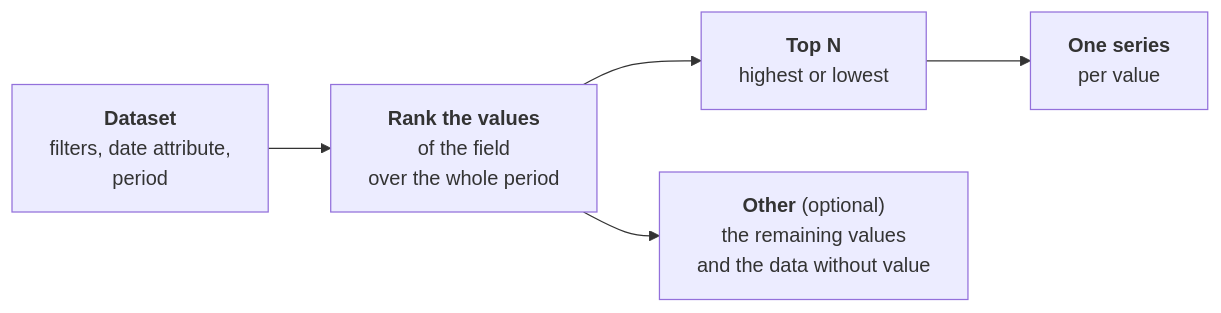
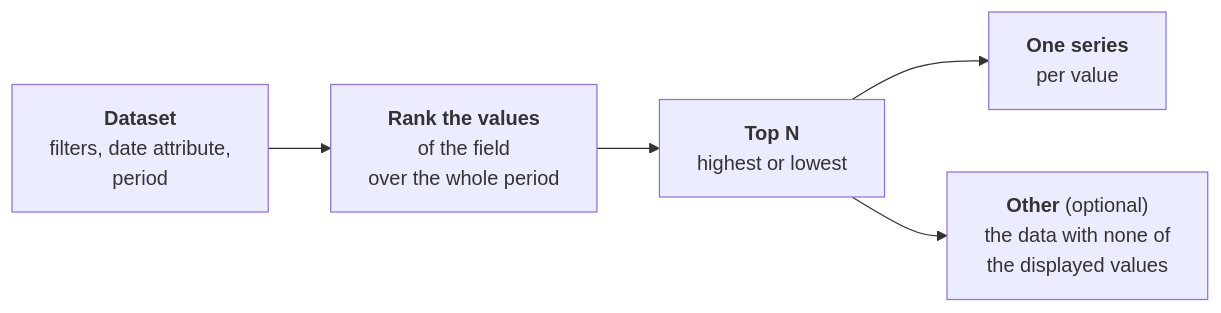
One commit to OpenCTI-Platform/opencti changed the diagram in docs/docs/usage/time-series-breakdown.md. Above: the diagram before and after it, drawn with Mermaid. The commit also changed other lines of this file and 1 other file, not shown here.

First line of the commit message:
docs(dashboards): describe Other, colors and public breakdowns precisely (#19780)

````diff
--- a/docs/docs/usage/time-series-breakdown.md
+++ b/docs/docs/usage/time-series-breakdown.md
@@ -82,7 +82,7 @@
 ```mermaid
 flowchart LR
   D["<b>Dataset</b><br/>filters, date attribute,<br/>period"] --> R["<b>Rank the values</b><br/>of the field<br/>over the whole period"]
   R --> N["<b>Top N</b><br/>highest or lowest"]
   N --> S["<b>One series</b><br/>per value"]
-  R --> O["<b>Other</b> (optional)<br/>the remaining values<br/>and the data without value"]
+  N --> O["<b>Other</b> (optional)<br/>the data with none of<br/>the displayed values"]
 ```
````
